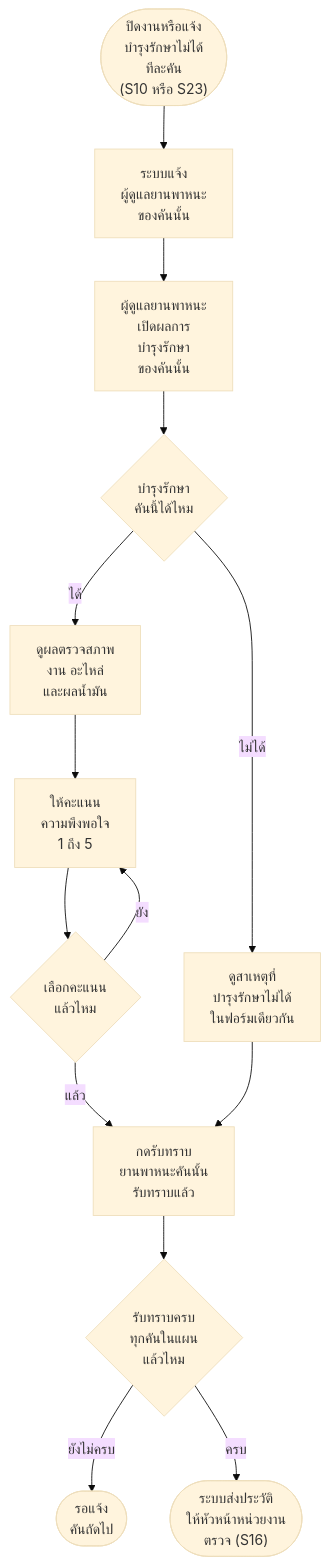
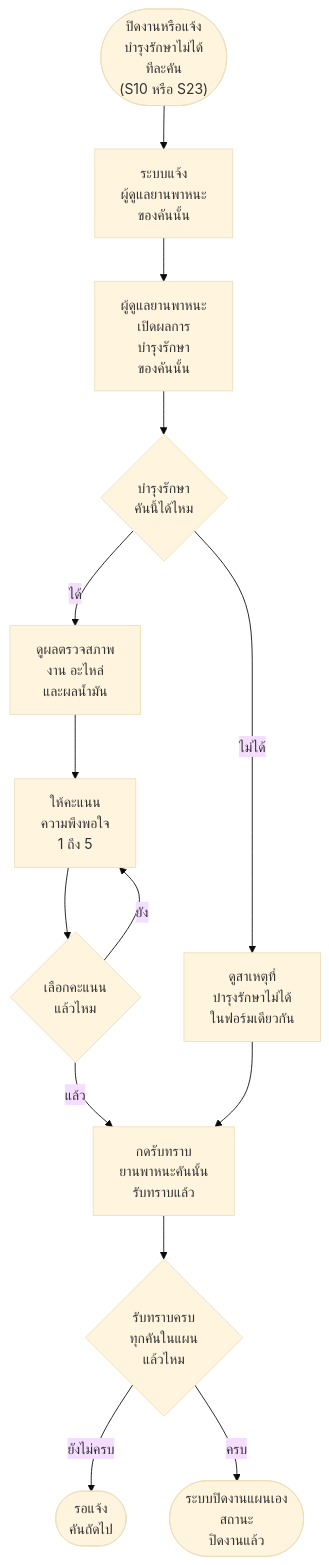
One commit to anugmail/Maintenance-Request-Form changed diagram 15 of 17 in Diagram/01-บำรุงรักษาตามวาระ/27-บำรุงรักษา-flowchart-กิจกรรม.md. Above: the diagram before and after it, drawn with Mermaid (base theme). The commit also changed other lines of this file and 13 other files, not shown here.

````diff
--- a/Diagram/01-บำรุงรักษาตามวาระ/27-บำรุงรักษา-flowchart-กิจกรรม.md
+++ b/Diagram/01-บำรุงรักษาตามวาระ/27-บำรุงรักษา-flowchart-กิจกรรม.md
@@ -327,16 +327,16 @@
 ```mermaid
 flowchart TD
     S(["ปิดงานหรือแจ้ง<br/>บำรุงรักษาไม่ได้<br/>ทีละคัน<br/>(S10 หรือ S23)"]) --> A1["ระบบแจ้ง<br/>ผู้ดูแลยานพาหนะ<br/>ของคันนั้น"]
     A1 --> A2["ผู้ดูแลยานพาหนะ<br/>เปิดผลการ<br/>บำรุงรักษา<br/>ของคันนั้น"]
     A2 --> Q1{"บำรุงรักษา<br/>คันนี้ได้ไหม"}
     Q1 -->|ได้| A3["ดูผลตรวจสภาพ<br/>งาน อะไหล่<br/>และผลน้ำมัน"]
     A3 --> A4["ให้คะแนน<br/>ความพึงพอใจ<br/>1 ถึง 5"]
     A4 --> Q2{"เลือกคะแนน<br/>แล้วไหม"}
     Q2 -->|ยัง| A4
     Q2 -->|แล้ว| A6
     Q1 -->|ไม่ได้| A5["ดูสาเหตุที่<br/>บำรุงรักษาไม่ได้<br/>ในฟอร์มเดียวกัน"]
     A5 --> A6["กดรับทราบ<br/>ยานพาหนะคันนั้น<br/>รับทราบแล้ว"]
     A6 --> Q3{"รับทราบครบ<br/>ทุกคันในแผน<br/>แล้วไหม"}
     Q3 -->|ยังไม่ครบ| E1(["รอแจ้ง<br/>คันถัดไป"])
-    Q3 -->|ครบ| E2(["ระบบส่งประวัติ<br/>ให้หัวหน้าหน่วยงาน<br/>ตรวจ (S16)"])
+    Q3 -->|ครบ| E2(["ระบบปิดงานแผนเอง<br/>สถานะ<br/>ปิดงานแล้ว"])
 ```
````
